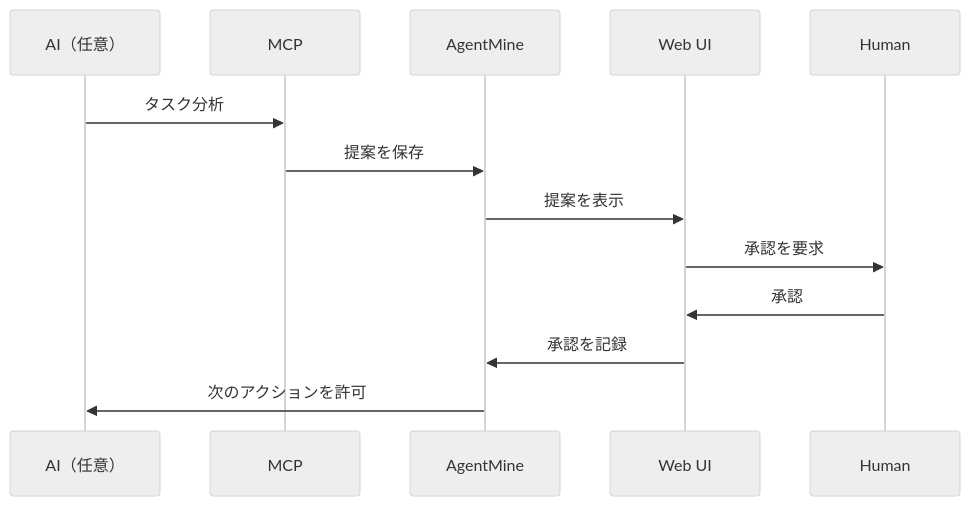
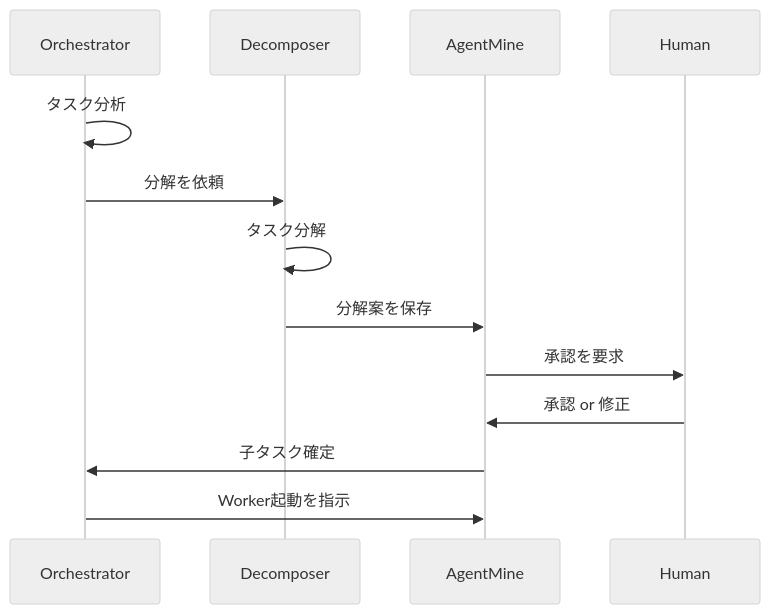
The second of 2 diagrams in docs/10-decisions/005-ai-agnostic-orchestration.md (krtw00/AgentMine), drawn with Mermaid (neutral theme) before and after one commit. The commit also changed other lines of this file, not shown here.

Commit message:
docs: ADR-005 に3層構造・MCP/API両対応・承認フローを追記

````diff
--- a/docs/10-decisions/005-ai-agnostic-orchestration.md
+++ b/docs/10-decisions/005-ai-agnostic-orchestration.md
@@ -79,16 +80,16 @@
 ```mermaid
 sequenceDiagram
-    participant AI as AI（任意）
-    participant MCP as MCP
+    participant O as Orchestrator
+    participant D as Decomposer
     participant AM as AgentMine
-    participant UI as Web UI
-    participant Human as Human
+    participant H as Human
 
-    AI->>MCP: タスク分析
-    MCP->>AM: 提案を保存
-    AM->>UI: 提案を表示
-    UI->>Human: 承認を要求
-    Human->>UI: 承認
-    UI->>AM: 承認を記録
-    AM->>AI: 次のアクションを許可
+    O->>O: タスク分析
+    O->>D: 分解を依頼
+    D->>D: タスク分解
+    D->>AM: 分解案を保存
+    AM->>H: 承認を要求
+    H->>AM: 承認 or 修正
+    AM->>O: 子タスク確定
+    O->>AM: Worker起動を指示
 ```
````
